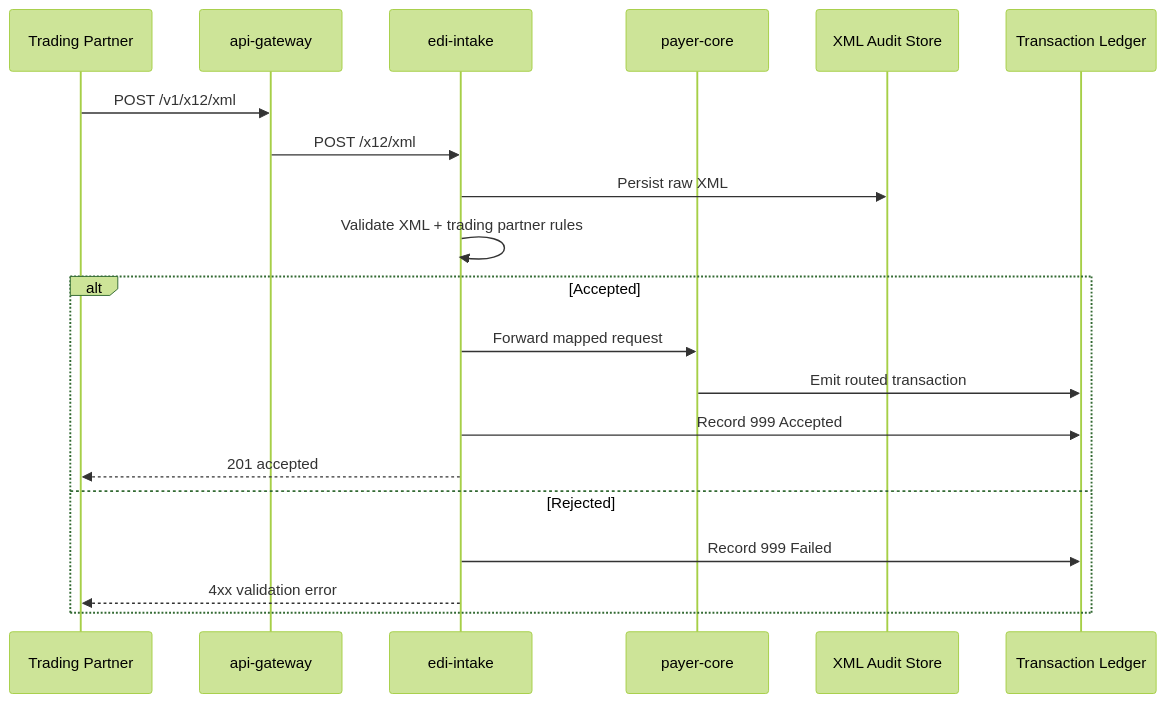
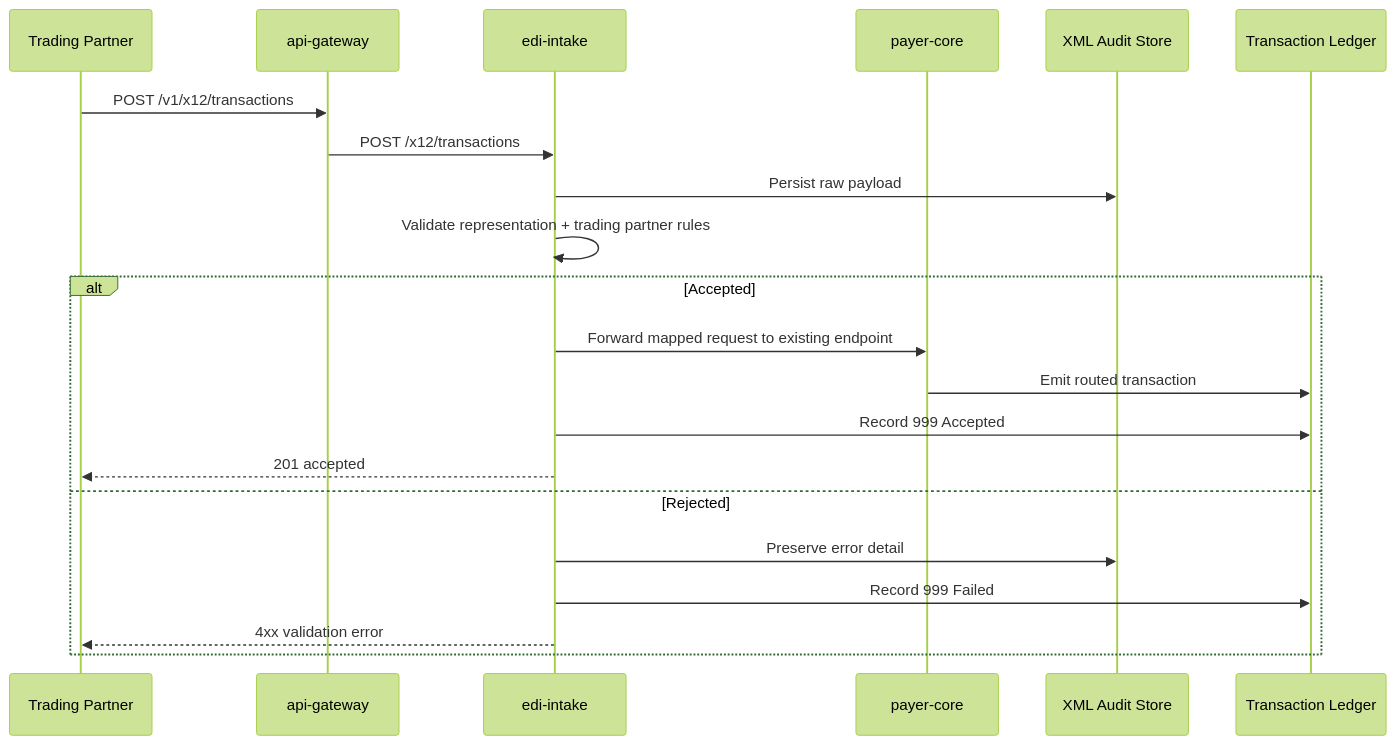
Diagram 12 of 17 in docs/supported-workflows.md (orieken/adventure-society-health-network), drawn with Mermaid (forest theme) before and after one commit. The commit also changed other lines of this file and 21 other files, not shown here.

````diff
--- a/docs/supported-workflows.md
+++ b/docs/supported-workflows.md
@@ -252,23 +288,24 @@
 ```mermaid
 sequenceDiagram
     participant Partner as Trading Partner
     participant Gateway as api-gateway
     participant Intake as edi-intake
     participant Payer as payer-core
     participant Audit as XML Audit Store
     participant Ledger as Transaction Ledger
 
-    Partner->>Gateway: POST /v1/x12/xml
-    Gateway->>Intake: POST /x12/xml
-    Intake->>Audit: Persist raw XML
-    Intake->>Intake: Validate XML + trading partner rules
+    Partner->>Gateway: POST /v1/x12/transactions
+    Gateway->>Intake: POST /x12/transactions
+    Intake->>Audit: Persist raw payload
+    Intake->>Intake: Validate representation + trading partner rules
     alt Accepted
-        Intake->>Payer: Forward mapped request
+        Intake->>Payer: Forward mapped request to existing endpoint
         Payer->>Ledger: Emit routed transaction
         Intake->>Ledger: Record 999 Accepted
         Intake-->>Partner: 201 accepted
     else Rejected
+        Intake->>Audit: Preserve error detail
         Intake->>Ledger: Record 999 Failed
         Intake-->>Partner: 4xx validation error
     end
 ```
````
